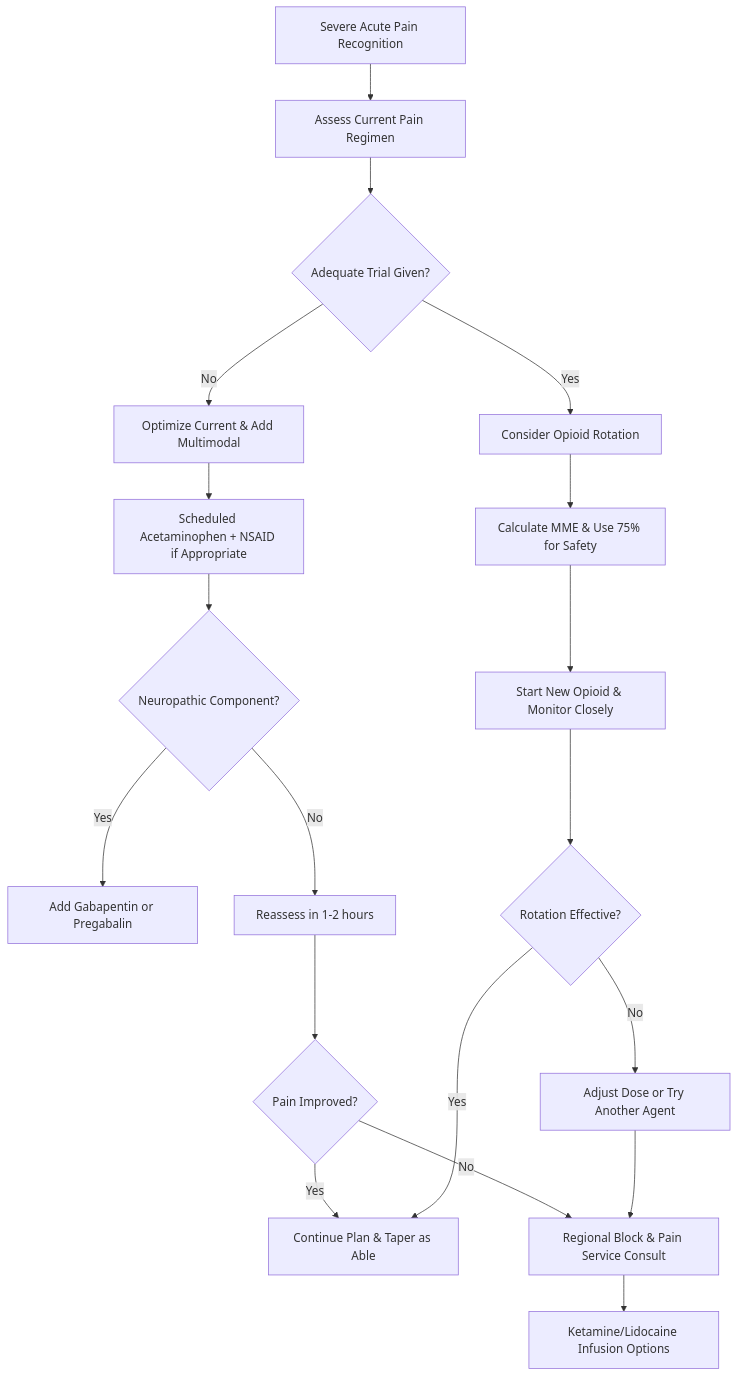
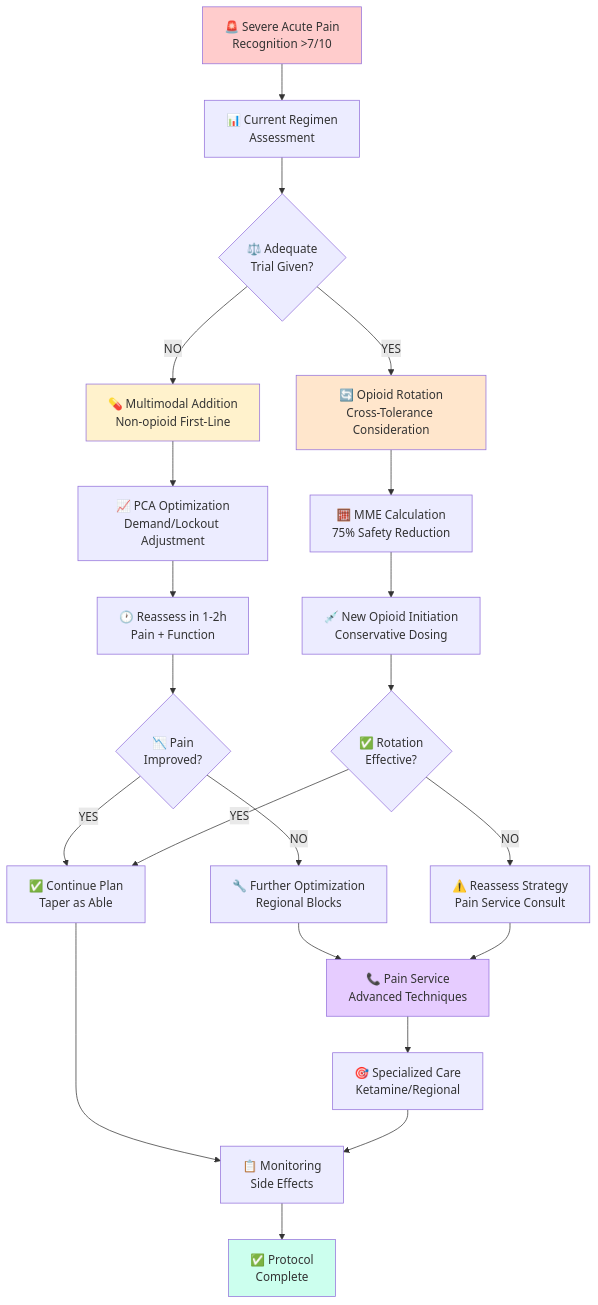
Before and after one commit to bhavenmurji/RapidResponseCentral: the diagram in Assets/RapidResponseCentralDocumentationVault/Protocols/Calls/Pain & Palliation/Acute Pain.md, drawn with Mermaid. The commit also changed other lines of this file and 6438 other files, not shown here.

```diff
--- a/Assets/RapidResponseCentralDocumentationVault/Protocols/Calls/Pain & Palliation/Acute Pain.md
+++ b/Assets/RapidResponseCentralDocumentationVault/Protocols/Calls/Pain & Palliation/Acute Pain.md
@@ -195,21 +16,37 @@
 ~~~mermaid
 graph TD
-    A[Severe Acute Pain Recognition] --> B[Assess Current Pain Regimen]
-    B --> C{Adequate Trial Given?}
-    C -->|No| D[Optimize Current & Add Multimodal]
-    C -->|Yes| E[Consider Opioid Rotation]
-    D --> F[Scheduled Acetaminophen + NSAID if Appropriate]
-    F --> G{Neuropathic Component?}
-    G -->|Yes| H[Add Gabapentin or Pregabalin]
-    G -->|No| I[Reassess in 1-2 hours]
-    E --> J[Calculate MME & Use 75% for Safety]
-    J --> K[Start New Opioid & Monitor Closely]
-    I --> L{Pain Improved?}
-    L -->|Yes| M[Continue Plan & Taper as Able]
-    L -->|No| N[Regional Block & Pain Service Consult]
-    K --> O{Rotation Effective?}
-    O -->|Yes| M
-    O -->|No| P[Adjust Dose or Try Another Agent]
-    N --> Q[Ketamine/Lidocaine Infusion Options]
-    P --> N
+    A["🚨 Severe Acute Pain<br/>Recognition >7/10"] --> B["📊 Current Regimen<br/>Assessment"]
+    
+    B --> C{"⚖️ Adequate<br/>Trial Given?"}
+    
+    C -->|NO| D["💊 Multimodal Addition<br/>Non-opioid First-Line"]
+    C -->|YES| E["🔄 Opioid Rotation<br/>Cross-Tolerance Consideration"]
+    
+    D --> F["📈 PCA Optimization<br/>Demand/Lockout Adjustment"]
+    E --> G["🧮 MME Calculation<br/>75% Safety Reduction"]
+    
+    F --> H["🕐 Reassess in 1-2h<br/>Pain + Function"]
+    G --> I["💉 New Opioid Initiation<br/>Conservative Dosing"]
+    
+    H --> J{"📉 Pain<br/>Improved?"}
+    I --> K{"✅ Rotation<br/>Effective?"}
+    
+    J -->|YES| L["✅ Continue Plan<br/>Taper as Able"]
+    J -->|NO| M["🔧 Further Optimization<br/>Regional Blocks"]
+    K -->|YES| L
+    K -->|NO| N["⚠️ Reassess Strategy<br/>Pain Service Consult"]
+    
+    M --> O["📞 Pain Service<br/>Advanced Techniques"]
+    N --> O
+    O --> P["🎯 Specialized Care<br/>Ketamine/Regional"]
+    
+    L --> Q["📋 Monitoring<br/>Side Effects"]
+    P --> Q
+    Q --> R["✅ Protocol<br/>Complete"]
+    
+    style A fill:#ffcccc
+    style D fill:#fff2cc
+    style E fill:#ffe6cc
+    style O fill:#e6ccff
+    style R fill:#ccffee
 ~~~
```
